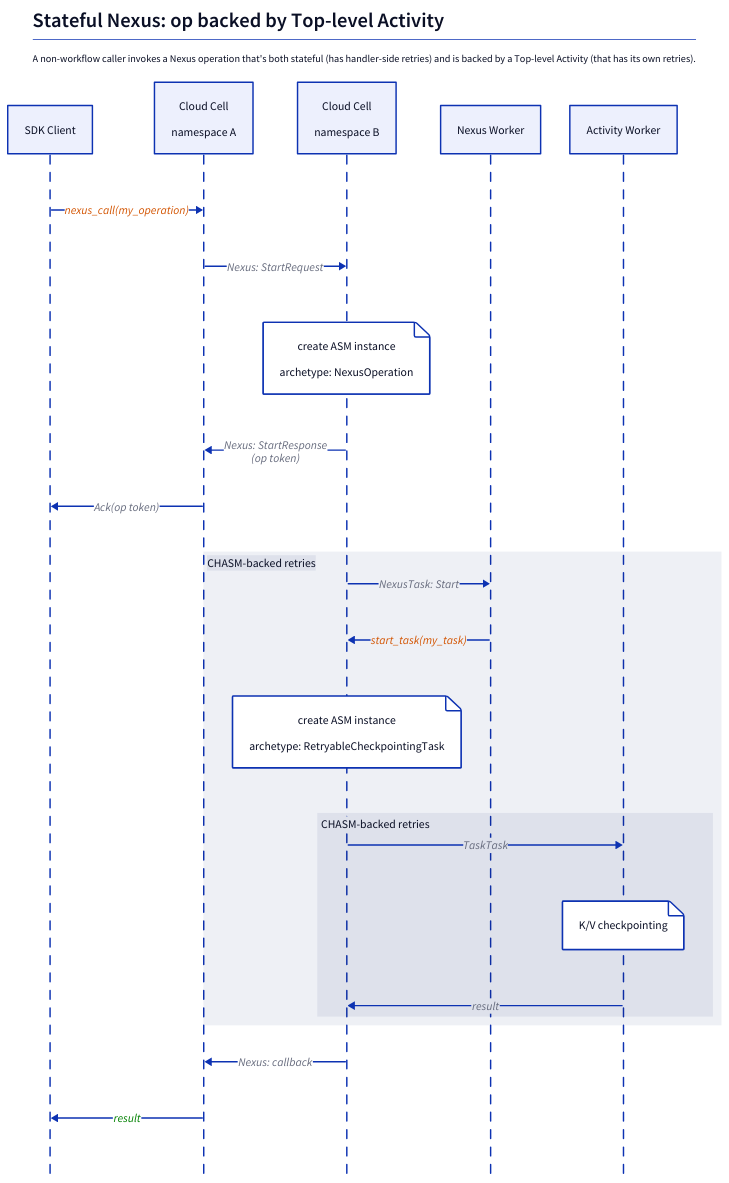
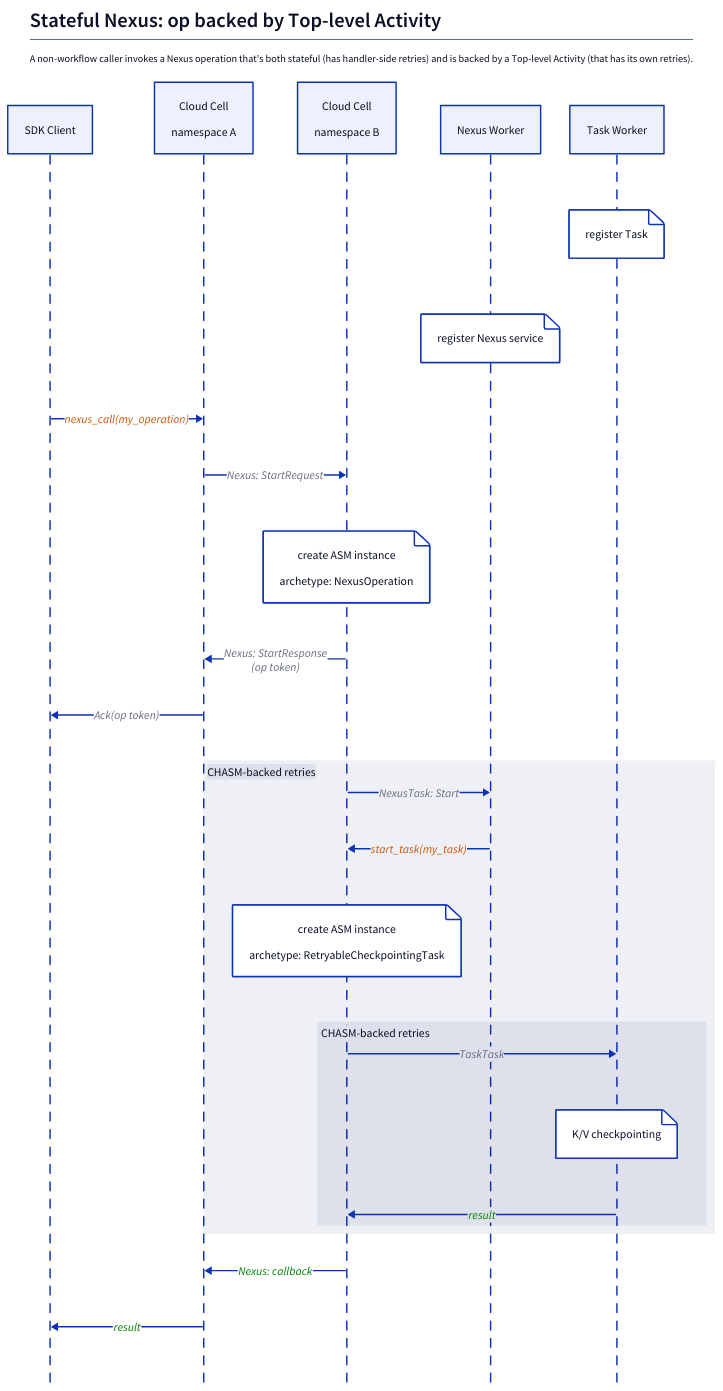
One commit to dandavison/temporalio-notes changed the diagram in diagrams/nexus-4-stateful-op-backed-by-tla.d2. Above: the diagram before and after it, drawn with D2. The commit also changed 1 other file, not shown here.

```diff
--- a/diagrams/nexus-4-stateful-op-backed-by-tla.d2
+++ b/diagrams/nexus-4-stateful-op-backed-by-tla.d2
@@ -1,58 +1,65 @@
 shape: sequence_diagram
 
 direction: down
 
 explanation: |md
   # Stateful Nexus: op backed by Top-level Activity
   A non-workflow caller invokes a Nexus operation that's both stateful (has handler-side retries)
   and is backed by a Top-level Activity (that has its own retries).
 | {
   near: top-center
   style.font-size: 14
 }
 
 CA: {
   label: "SDK Client"
 }
 
 SA: {
   label: "Cloud Cell\n\nnamespace A"
 }
 
 SB: {
   label: "Cloud Cell\n\nnamespace B"
 }
 
 NWB: {
   label: "Nexus Worker"
 }
 
-AWB: {
-  label: "Activity Worker"
+TWB: {
+  label: "Task Worker"
 }
+
+TWB.0: "register Task"
+NWB.0: "register Nexus service"
 
 CA -> SA: nexus_call(my_operation) {
   style.font-color: "#D35400"
 }
 SA -> SB: Nexus: StartRequest
 SB.1: create ASM instance\n\narchetype: NexusOperation
 SB -> SA: Nexus: StartResponse\n(op token)
 SA -> CA: Ack(op token)
 
 with_retries: "CHASM-backed retries" {
   SB -> NWB: NexusTask: Start
   NWB -> SB: start_task(my_task) {
     style.font-color: "#D35400"
   }
   SB.2: create ASM instance\n\narchetype: RetryableCheckpointingTask
   with_retries: "CHASM-backed retries" {
-    SB -> AWB: TaskTask
-    AWB.1: "K/V checkpointing"
-    AWB -> SB: result
+    SB -> TWB: TaskTask
+    TWB.1: "K/V checkpointing"
+    TWB -> SB: result {
+      style.font-color: "green"
+    }
   }
 }
 
-SB -> SA: Nexus: callback
+SB -> SA: Nexus: callback {
+  style.font-color: "green"
+}
 SA -> CA: result {
   style.font-color: "green"
 }
```
